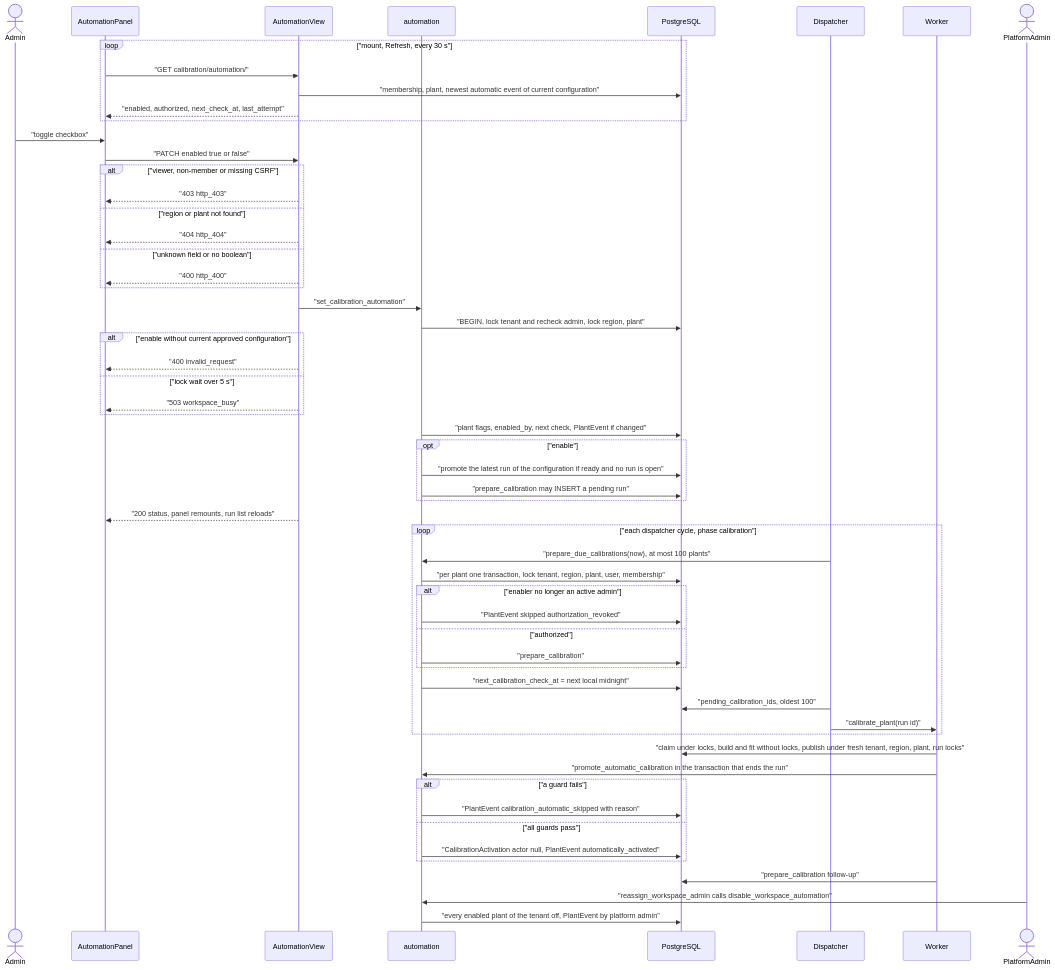
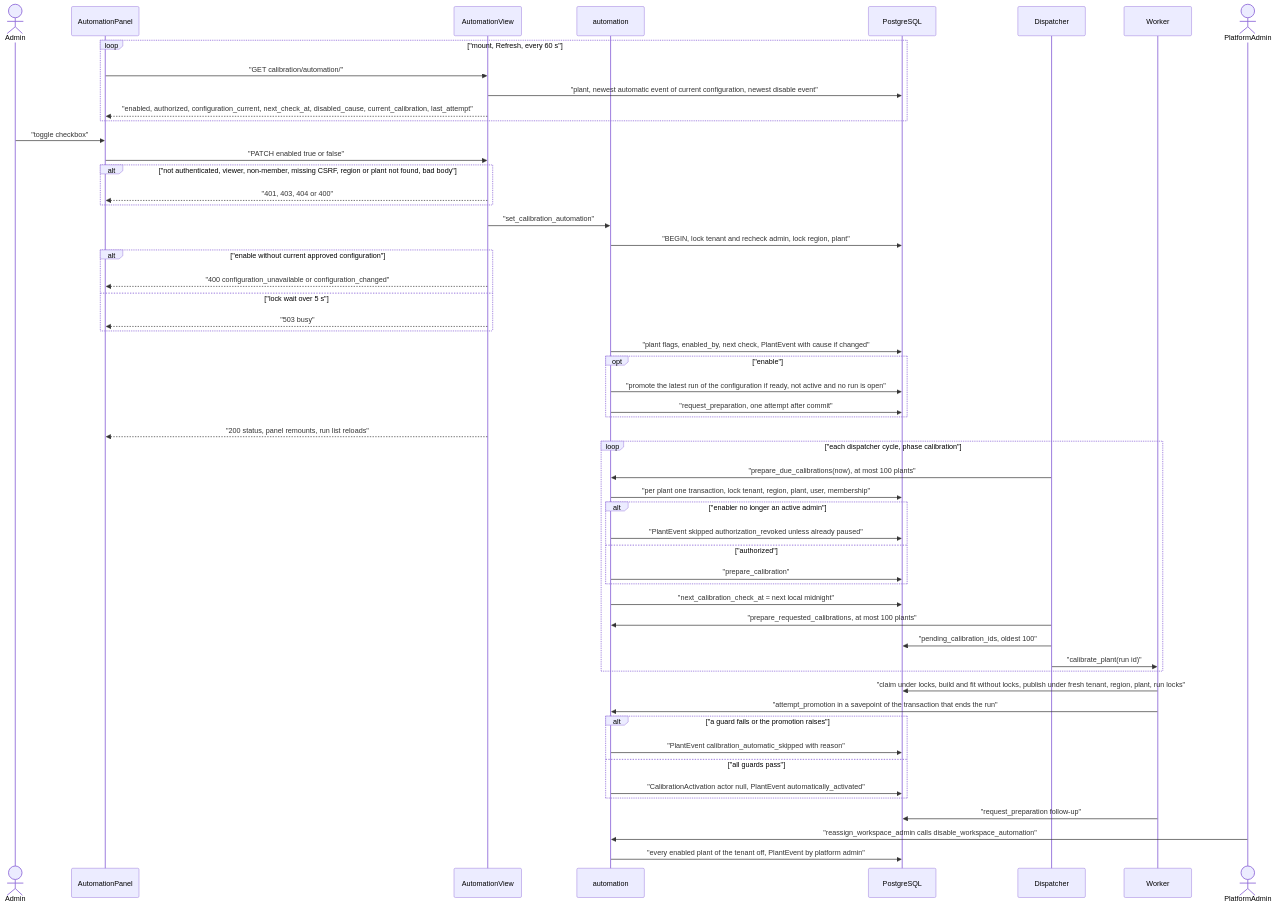
One commit to erkurtharun/pyracast changed the diagram in docs/flows/calibration-automation.md. Above: the diagram before and after it, drawn with Mermaid. The commit also changed other lines of this file and 85 other files, not shown here.

First line of the commit message:
Bring the flow pages in line with the code (#107)

````diff
--- a/docs/flows/calibration-automation.md
+++ b/docs/flows/calibration-automation.md
@@ -16,60 +16,57 @@
 ```mermaid
 sequenceDiagram
     actor Adm as Admin
     participant UI as AutomationPanel
     participant API as AutomationView
     participant Auto as automation
     participant DB as PostgreSQL
     participant Disp as Dispatcher
     participant W as Worker
     actor Op as PlatformAdmin
-    loop "mount, Refresh, every 30 s"
+    loop "mount, Refresh, every 60 s"
         UI->>API: "GET calibration/automation/"
-        API->>DB: "membership, plant, newest automatic event of current configuration"
-        API-->>UI: "enabled, authorized, next_check_at, last_attempt"
+        API->>DB: "plant, newest automatic event of current configuration, newest disable event"
+        API-->>UI: "enabled, authorized, configuration_current, next_check_at, disabled_cause, current_calibration, last_attempt"
     end
     Adm->>UI: "toggle checkbox"
     UI->>API: "PATCH enabled true or false"
-    alt "viewer, non-member or missing CSRF"
-        API-->>UI: "403 http_403"
-    else "region or plant not found"
-        API-->>UI: "404 http_404"
-    else "unknown field or no boolean"
-        API-->>UI: "400 http_400"
+    alt "not authenticated, viewer, non-member, missing CSRF, region or plant not found, bad body"
+        API-->>UI: "401, 403, 404 or 400"
     end
     API->>Auto: "set_calibration_automation"
     Auto->>DB: "BEGIN, lock tenant and recheck admin, lock region, plant"
     alt "enable without current approved configuration"
-        API-->>UI: "400 invalid_request"
+        API-->>UI: "400 configuration_unavailable or configuration_changed"
     else "lock wait over 5 s"
-        API-->>UI: "503 workspace_busy"
+        API-->>UI: "503 busy"
     end
-    Auto->>DB: "plant flags, enabled_by, next check, PlantEvent if changed"
+    Auto->>DB: "plant flags, enabled_by, next check, PlantEvent with cause if changed"
     opt "enable"
-        Auto->>DB: "promote the latest run of the configuration if ready and no run is open"
-        Auto->>DB: "prepare_calibration may INSERT a pending run"
+        Auto->>DB: "promote the latest run of the configuration if ready, not active and no run is open"
+        Auto->>DB: "request_preparation, one attempt after commit"
     end
     API-->>UI: "200 status, panel remounts, run list reloads"
     loop "each dispatcher cycle, phase calibration"
         Disp->>Auto: "prepare_due_calibrations(now), at most 100 plants"
         Auto->>DB: "per plant one transaction, lock tenant, region, plant, user, membership"
         alt "enabler no longer an active admin"
-            Auto->>DB: "PlantEvent skipped authorization_revoked"
+            Auto->>DB: "PlantEvent skipped authorization_revoked unless already paused"
         else "authorized"
             Auto->>DB: "prepare_calibration"
         end
         Auto->>DB: "next_calibration_check_at = next local midnight"
+        Disp->>Auto: "prepare_requested_calibrations, at most 100 plants"
         Disp->>DB: "pending_calibration_ids, oldest 100"
         Disp->>W: "calibrate_plant(run id)"
     end
     W->>DB: "claim under locks, build and fit without locks, publish under fresh tenant, region, plant, run locks"
-    W->>Auto: "promote_automatic_calibration in the transaction that ends the run"
-    alt "a guard fails"
+    W->>Auto: "attempt_promotion in a savepoint of the transaction that ends the run"
+    alt "a guard fails or the promotion raises"
         Auto->>DB: "PlantEvent calibration_automatic_skipped with reason"
     else "all guards pass"
         Auto->>DB: "CalibrationActivation actor null, PlantEvent automatically_activated"
     end
-    W->>DB: "prepare_calibration follow-up"
+    W->>DB: "request_preparation follow-up"
     Op->>Auto: "reassign_workspace_admin calls disable_workspace_automation"
     Auto->>DB: "every enabled plant of the tenant off, PlantEvent by platform admin"
 ```
````
